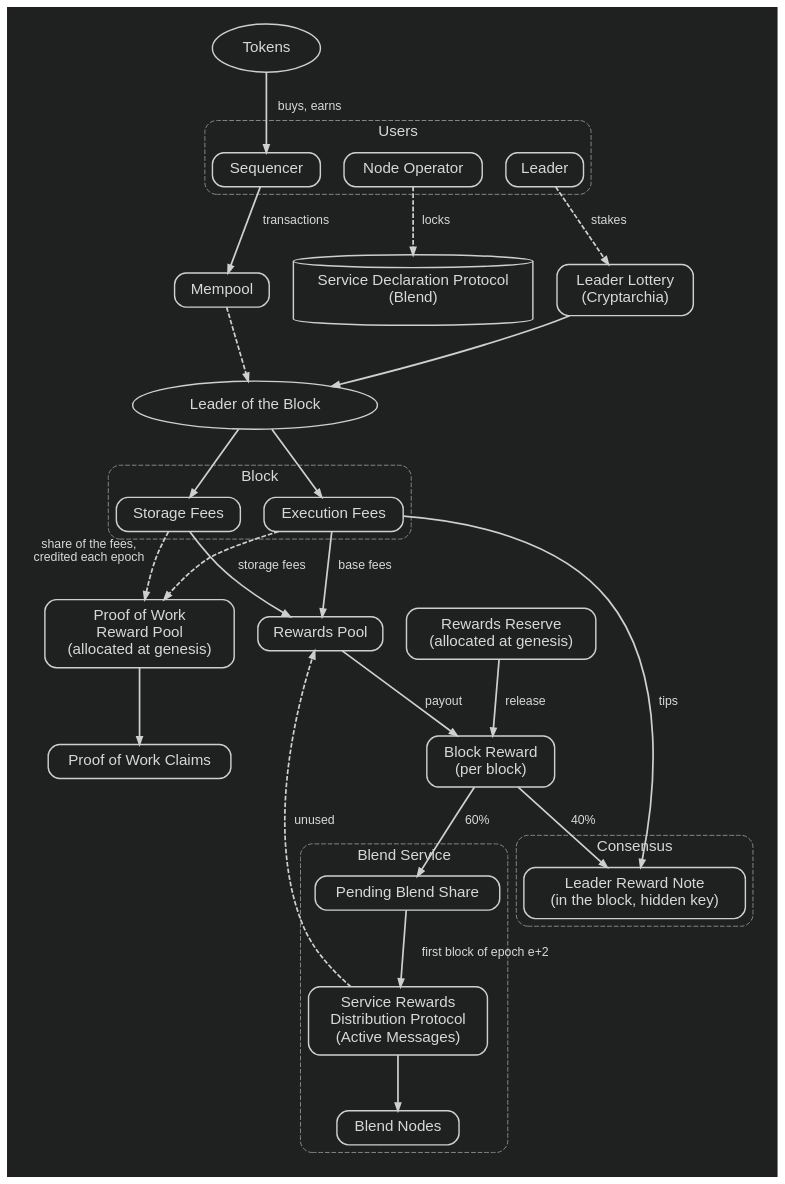
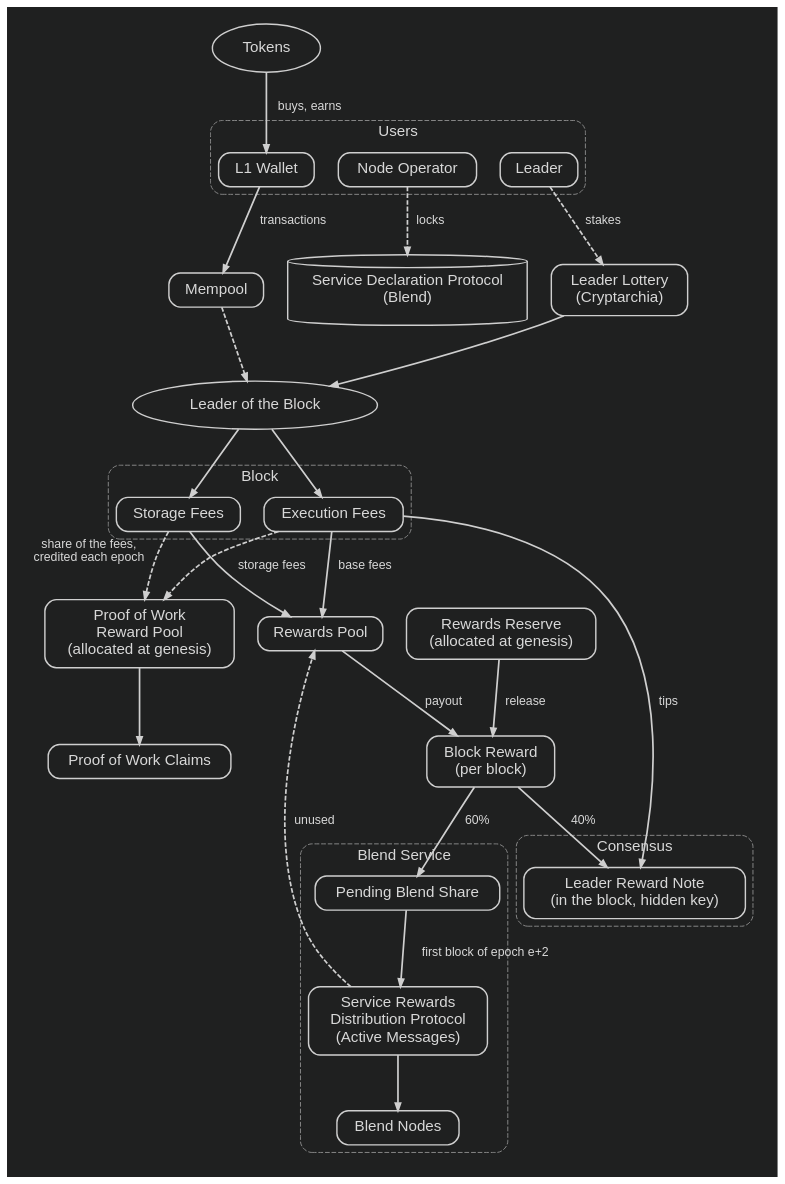
The diagram in docs/blockchain/raw/overview-cryptoeconomics/assets/overview-cryptoeconomics.dot (logos-co/logos-lips), drawn with Graphviz before and after one commit. The commit also changed 2 other files, not shown here.

Commit message:
docs(blockchain): the cryptoeconomics overview names the L1 wallet among its users

```diff
--- a/docs/blockchain/raw/overview-cryptoeconomics/assets/overview-cryptoeconomics.dot
+++ b/docs/blockchain/raw/overview-cryptoeconomics/assets/overview-cryptoeconomics.dot
@@ -1,94 +1,94 @@
 /*
  * Cryptoeconomics overview: tokens, fees and rewards
  *
  * Render:
  *   dot -Tpng -Gdpi=160 overview-cryptoeconomics.dot -o bbe261aa-09df-827f-a6a9-8115aeb10f94.png
  */
 
 digraph overview_cryptoeconomics {
   rankdir = TB;
   bgcolor = "#1f2020";
   splines = true;
   nodesep = 0.35;
   ranksep = 0.80;
   pad     = 0.25;
 
   node [
     shape     = box,
     style     = "rounded,filled",
     fillcolor = "#1f2020",
     color     = "#cfcfcf",
     penwidth  = 1.5,
     fontname  = "Helvetica",
     fontsize  = 16,
     fontcolor = "#d8d8d8",
     margin    = "0.18,0.12"
   ];
 
   edge [color = "#cfcfcf", penwidth = 1.8, arrowsize = 0.8,
         fontname = "Helvetica", fontsize = 13, fontcolor = "#d8d8d8"];
 
   graph [fontname = "Helvetica", fontsize = 16, fontcolor = "#d8d8d8", color = "#8a8a8a", style = "rounded,dashed"];
 
   tokens   [label = "Tokens", shape = ellipse];
 
   subgraph cluster_users {
     label = "Users";
-    sequencer [label = "Sequencer"];
+    wallet    [label = "L1 Wallet"];
     operator  [label = "Node Operator"];
     staker    [label = "Leader"];
   }
 
   sdp      [label = "Service Declaration Protocol\n(Blend)", shape = cylinder];
   lottery  [label = "Leader Lottery\n(Cryptarchia)"];
   mempool  [label = "Mempool"];
   leader   [label = "Leader of the Block", shape = ellipse];
 
   subgraph cluster_block {
     label = "Block";
     exec_fees    [label = "Execution Fees"];
     storage_fees [label = "Storage Fees"];
   }
 
   pow_pool [label = "Proof of Work\nReward Pool\n(allocated at genesis)"];
   miners   [label = "Proof of Work Claims"];
   pool     [label = "Rewards Pool"];
   reserve  [label = "Rewards Reserve\n(allocated at genesis)"];
   reward   [label = "Block Reward\n(per block)"];
 
   subgraph cluster_consensus {
     label = "Consensus";
     leader_note [label = "Leader Reward Note\n(in the block, hidden key)"];
   }
 
   subgraph cluster_blend {
     label = "Blend Service";
     pending [label = "Pending Blend Share"];
     srdp    [label = "Service Rewards\nDistribution Protocol\n(Active Messages)"];
     blend   [label = "Blend Nodes"];
     pending -> srdp [label = "  first block of epoch e+2  "];
     srdp -> blend;
   }
 
-  tokens    -> sequencer [label = "  buys, earns  "];
+  tokens    -> wallet    [label = "  buys, earns  "];
   operator  -> sdp       [label = "  locks  ", style = dashed];
   staker    -> lottery   [label = "  stakes  ", style = dashed];
-  sequencer -> mempool   [label = "  transactions  "];
+  wallet    -> mempool   [label = "  transactions  "];
   lottery   -> leader;
   mempool   -> leader    [style = dashed];
   leader   -> exec_fees;
   leader   -> storage_fees;
 
   exec_fees    -> pool        [label = "  base fees  "];
   storage_fees -> pool        [label = "  storage fees  "];
   exec_fees    -> leader_note [label = "  tips  "];
   exec_fees    -> pow_pool    [style = dashed];
   storage_fees -> pow_pool    [xlabel = "share of the fees,\ncredited each epoch", style = dashed];
   pow_pool     -> miners;
 
   reserve -> reward [label = "  release  "];
   pool    -> reward [label = "  payout  "];
   reward  -> leader_note [label = "  40%  "];
   reward  -> pending     [label = "  60%  "];
   srdp    -> pool        [label = "  unused  ", style = dashed];
 }
```
